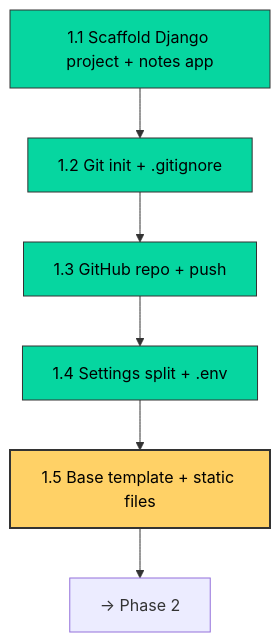
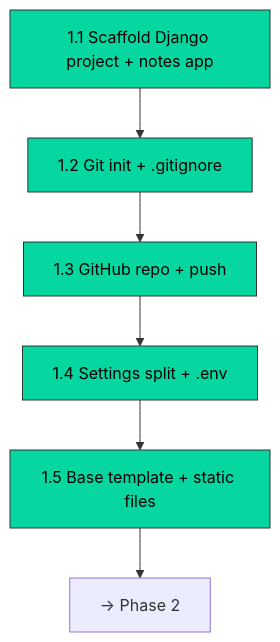
One commit to Kunalsingh29/dailydiary changed the second of 2 diagrams in PROGRESS_TRACKER.md. Above: the diagram before and after it, drawn with Mermaid. The commit also changed other lines of this file and 10 other files, not shown here.

First line of the commit message:
feat(1.5): base template, home page, static files; add API_GUIDE

````diff
--- a/PROGRESS_TRACKER.md
+++ b/PROGRESS_TRACKER.md
@@ -33,10 +33,10 @@
 ```mermaid
 flowchart TD
     S11[1.1 Scaffold Django project + notes app]:::done --> S12[1.2 Git init + .gitignore]:::done
     S12 --> S13[1.3 GitHub repo + push]:::done
     S13 --> S14[1.4 Settings split + .env]:::done
-    S14 --> S15[1.5 Base template + static files]:::current
+    S14 --> S15[1.5 Base template + static files]:::done
     S15 --> DONE[→ Phase 2]
     classDef current fill:#ffd166,stroke:#333,stroke-width:2px,color:#000
     classDef done fill:#06d6a0,stroke:#333,color:#000
 ```
````
